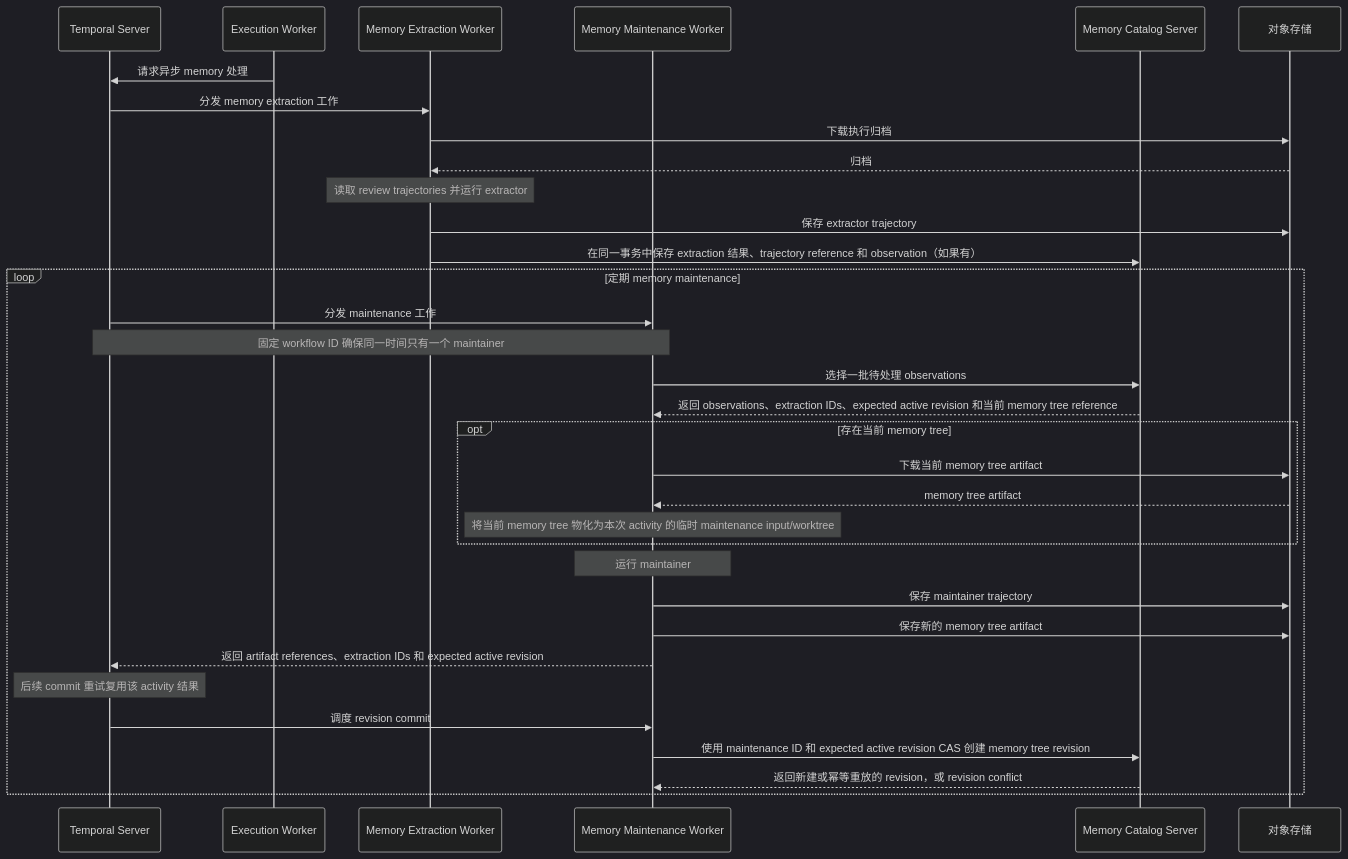
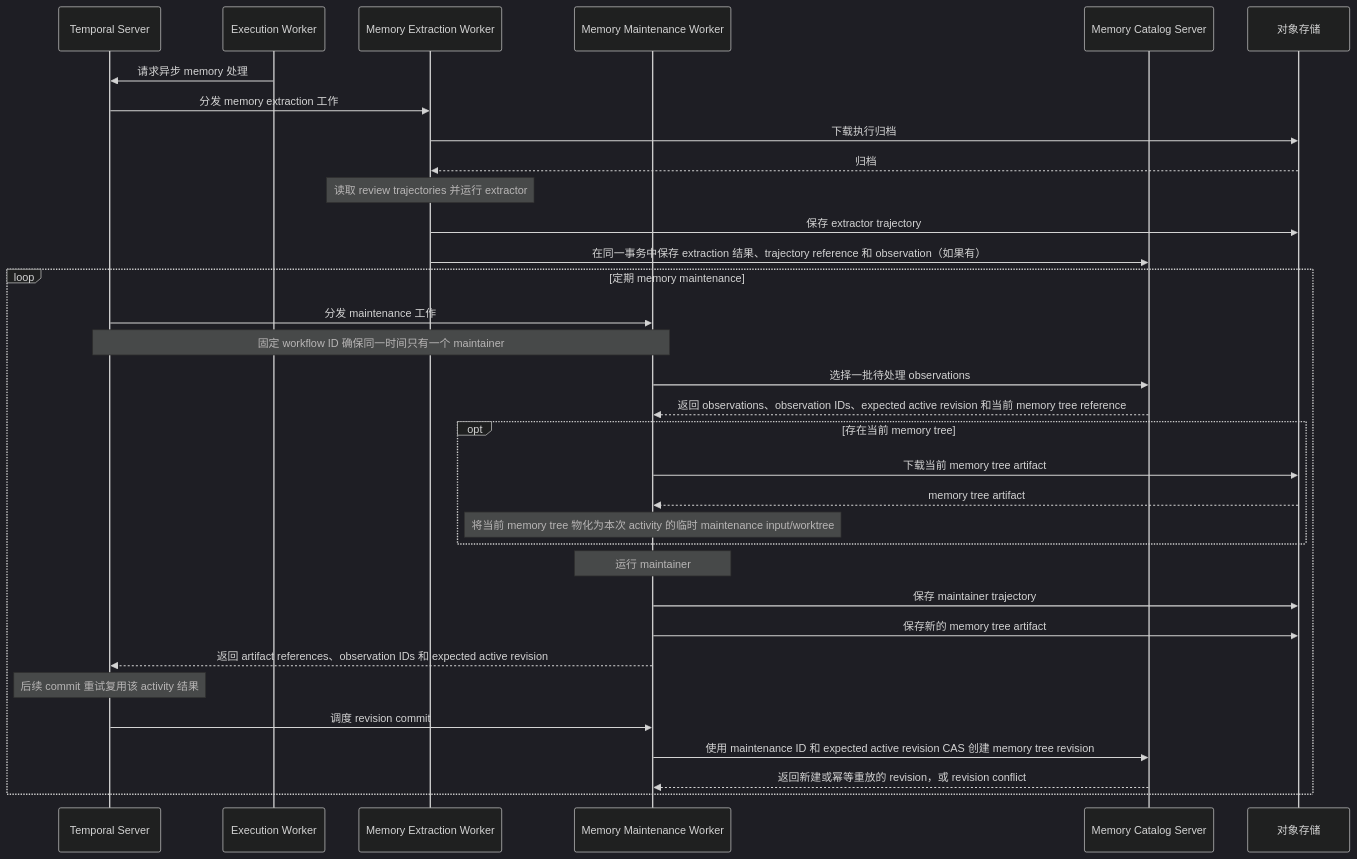
The second of 4 diagrams in docs/architecture/SYSTEM_ARCHITECTURE.zh.md (Agent-AI-Chalmers/sec-review-bot), drawn with Mermaid (dark theme) before and after one commit. The commit also changed 83 other files, not shown here.

First line of the commit message:
feat(memory)!: support multiple observations and traceable maintenance (#334)

````diff
--- a/docs/architecture/SYSTEM_ARCHITECTURE.zh.md
+++ b/docs/architecture/SYSTEM_ARCHITECTURE.zh.md
@@ -79,36 +79,36 @@
 ```mermaid
 sequenceDiagram
   participant Temporal as Temporal Server
   participant ExecutionWorker as Execution Worker
   participant ExtractionWorker as Memory Extraction Worker
   participant MaintenanceWorker as Memory Maintenance Worker
   participant Catalog as Memory Catalog Server
   participant Storage as 对象存储
 
   ExecutionWorker->>Temporal: 请求异步 memory 处理
   Temporal->>ExtractionWorker: 分发 memory extraction 工作
   ExtractionWorker->>Storage: 下载执行归档
   Storage-->>ExtractionWorker: 归档
   Note over ExtractionWorker: 读取 review trajectories 并运行 extractor
   ExtractionWorker->>Storage: 保存 extractor trajectory
   ExtractionWorker->>Catalog: 在同一事务中保存 extraction 结果、trajectory reference 和 observation（如果有）
   loop 定期 memory maintenance
     Temporal->>MaintenanceWorker: 分发 maintenance 工作
     Note over Temporal,MaintenanceWorker: 固定 workflow ID 确保同一时间只有一个 maintainer
     MaintenanceWorker->>Catalog: 选择一批待处理 observations
-    Catalog-->>MaintenanceWorker: 返回 observations、extraction IDs、expected active revision 和当前 memory tree reference
+    Catalog-->>MaintenanceWorker: 返回 observations、observation IDs、expected active revision 和当前 memory tree reference
     opt 存在当前 memory tree
       MaintenanceWorker->>Storage: 下载当前 memory tree artifact
       Storage-->>MaintenanceWorker: memory tree artifact
       Note over MaintenanceWorker: 将当前 memory tree 物化为本次 activity 的临时 maintenance input/worktree
     end
     Note over MaintenanceWorker: 运行 maintainer
     MaintenanceWorker->>Storage: 保存 maintainer trajectory
     MaintenanceWorker->>Storage: 保存新的 memory tree artifact
-    MaintenanceWorker-->>Temporal: 返回 artifact references、extraction IDs 和 expected active revision
+    MaintenanceWorker-->>Temporal: 返回 artifact references、observation IDs 和 expected active revision
     Note over Temporal: 后续 commit 重试复用该 activity 结果
     Temporal->>MaintenanceWorker: 调度 revision commit
     MaintenanceWorker->>Catalog: 使用 maintenance ID 和 expected active revision CAS 创建 memory tree revision
     Catalog-->>MaintenanceWorker: 返回新建或幂等重放的 revision，或 revision conflict
   end
 ```
````
